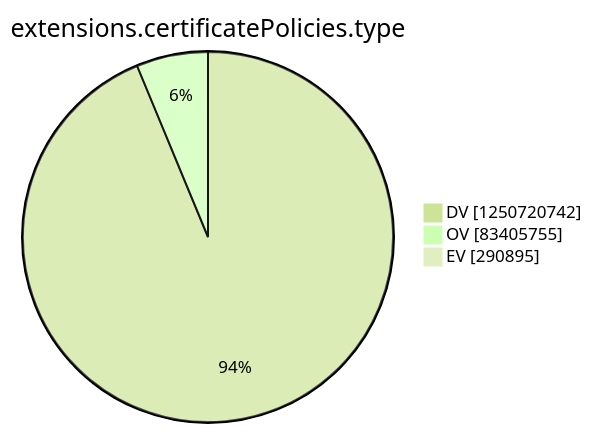
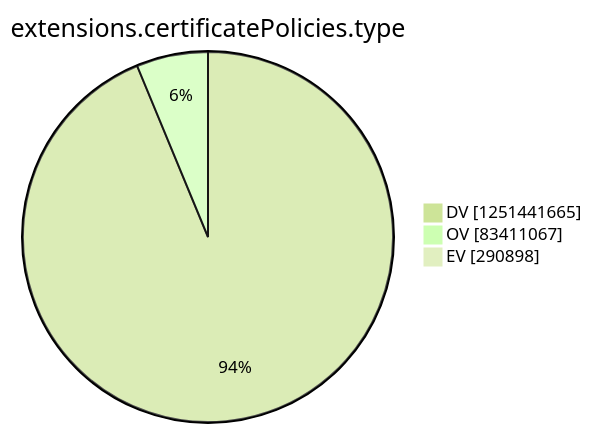
One commit to christiankrug/ctmonitor_visualization changed the tenth of 15 diagrams in argon2022/README.md. Above: the diagram before and after it, drawn with Mermaid (forest theme). The commit also changed other lines of this file, not shown here.

````diff
--- a/argon2022/README.md
+++ b/argon2022/README.md
@@ -2771,7 +2771,7 @@
 ```mermaid
 pie showData
 title extensions.certificatePolicies.type
-"DV" :1250720742
-"OV" :83405755
-"EV" :290895
+"DV" :1251441665
+"OV" :83411067
+"EV" :290898
 ```
````
